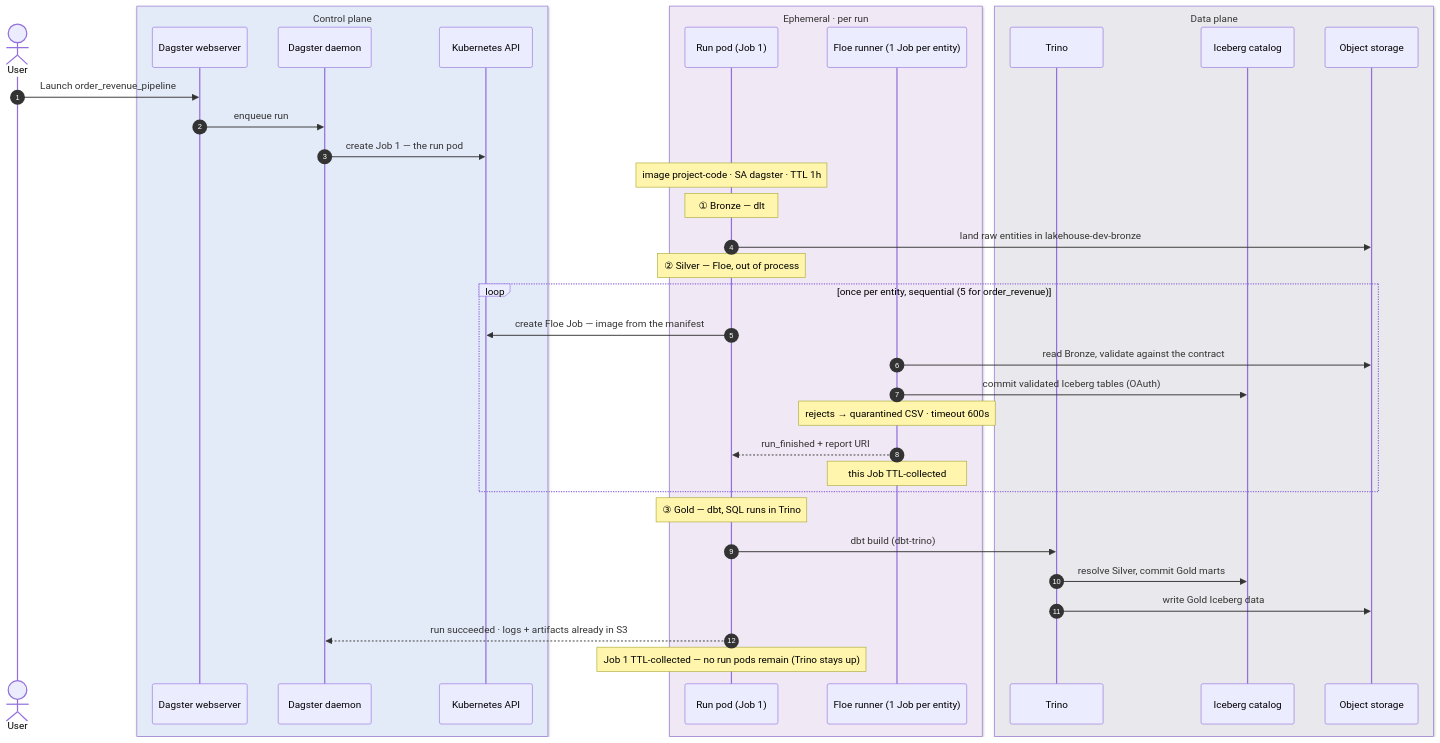
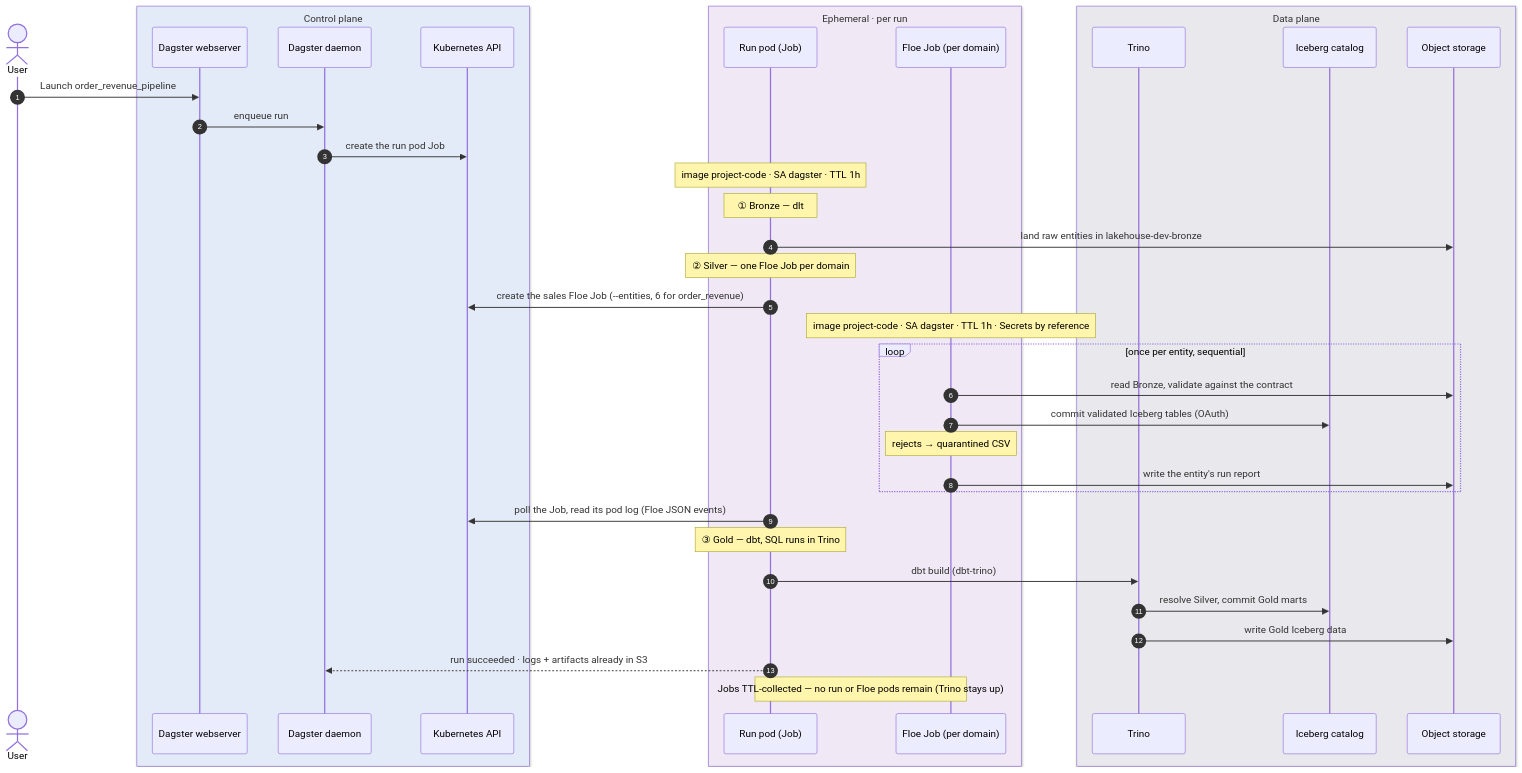
One commit to OpenLakeForge/openlakeforge changed the first of 2 diagrams in docs/architecture/diagrams/chart3-ephemeral-job-lifecycle.md. Above: the diagram before and after it, drawn with Mermaid. The commit also changed other lines of this file and 173 other files, not shown here.

First line of the commit message:
feat(floe): run Floe 0.8 as one Kubernetes Job per domain from the project-code image, without manifests (#549)

````diff
--- a/docs/architecture/diagrams/chart3-ephemeral-job-lifecycle.md
+++ b/docs/architecture/diagrams/chart3-ephemeral-job-lifecycle.md
@@ -21,45 +21,46 @@
 ```mermaid
 sequenceDiagram
     autonumber
     actor User
     box rgb(228,235,248) Control plane
         participant UI as Dagster webserver
         participant Daemon as Dagster daemon
         participant API as Kubernetes API
     end
     box rgb(240,232,245) Ephemeral · per run
-        participant Run as Run pod (Job 1)
-        participant Floe as Floe runner (1 Job per entity)
+        participant Run as Run pod (Job)
+        participant Floe as Floe Job (per domain)
     end
     box rgb(233,233,237) Data plane
         participant Trino
         participant Polaris as Iceberg catalog
         participant S3 as Object storage
     end
 
     User->>UI: Launch order_revenue_pipeline
     UI->>Daemon: enqueue run
-    Daemon->>API: create Job 1 — the run pod
+    Daemon->>API: create the run pod Job
     Note over Run: image project-code · SA dagster · TTL 1h
 
     Note over Run: ① Bronze — dlt
     Run->>S3: land raw entities in lakehouse-dev-bronze
 
-    Note over Run: ② Silver — Floe, out of process
-    loop once per entity, sequential (5 for order_revenue)
-        Run->>API: create Floe Job — image from the manifest
+    Note over Run: ② Silver — one Floe Job per domain
+    Run->>API: create the sales Floe Job (--entities, 6 for order_revenue)
+    Note over Floe: image project-code · SA dagster · TTL 1h · Secrets by reference
+    loop once per entity, sequential
         Floe->>S3: read Bronze, validate against the contract
         Floe->>Polaris: commit validated Iceberg tables (OAuth)
-        Note over Floe: rejects → quarantined CSV · timeout 600s
-        Floe-->>Run: run_finished + report URI
-        Note over Floe: this Job TTL-collected
+        Note over Floe: rejects → quarantined CSV
+        Floe->>S3: write the entity's run report
     end
+    Run->>API: poll the Job, read its pod log (Floe JSON events)
 
     Note over Run: ③ Gold — dbt, SQL runs in Trino
     Run->>Trino: dbt build (dbt-trino)
     Trino->>Polaris: resolve Silver, commit Gold marts
     Trino->>S3: write Gold Iceberg data
 
     Run-->>Daemon: run succeeded · logs + artifacts already in S3
-    Note over Run: Job 1 TTL-collected — no run pods remain (Trino stays up)
+    Note over Run,Floe: Jobs TTL-collected — no run or Floe pods remain (Trino stays up)
 ```
````
